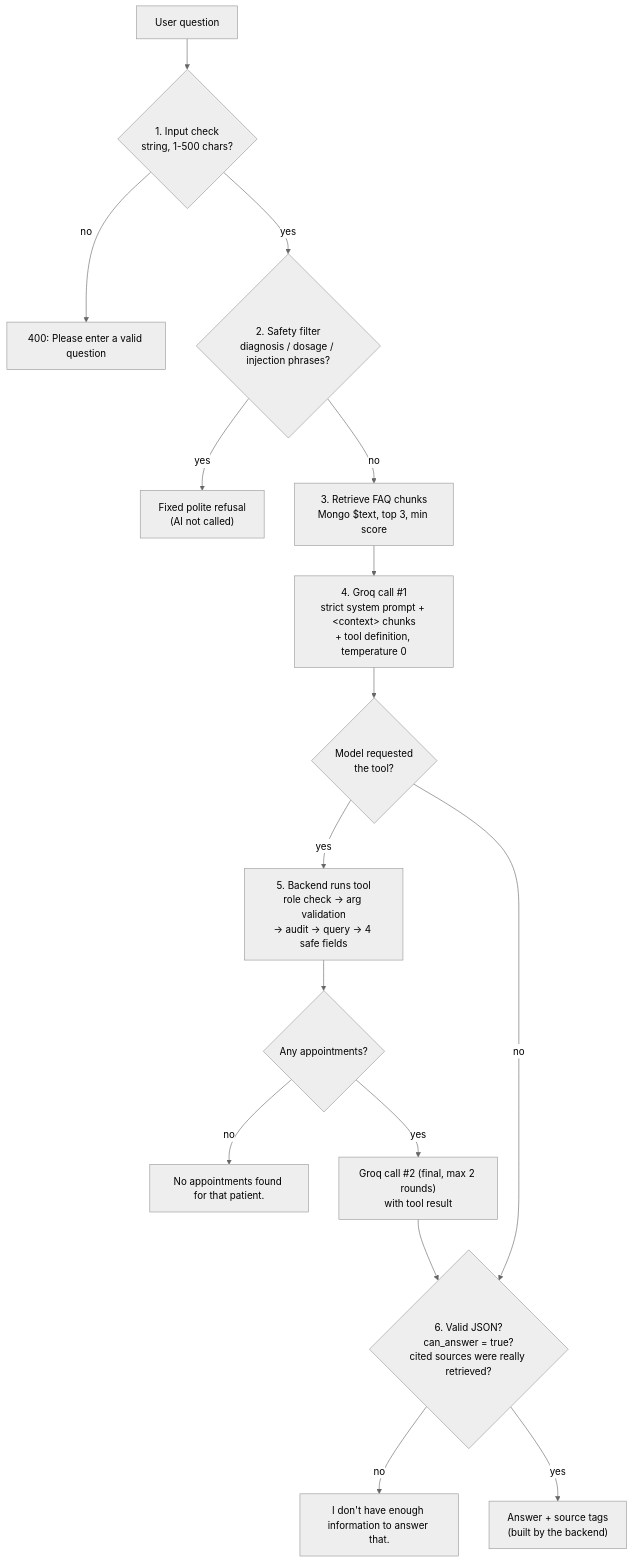
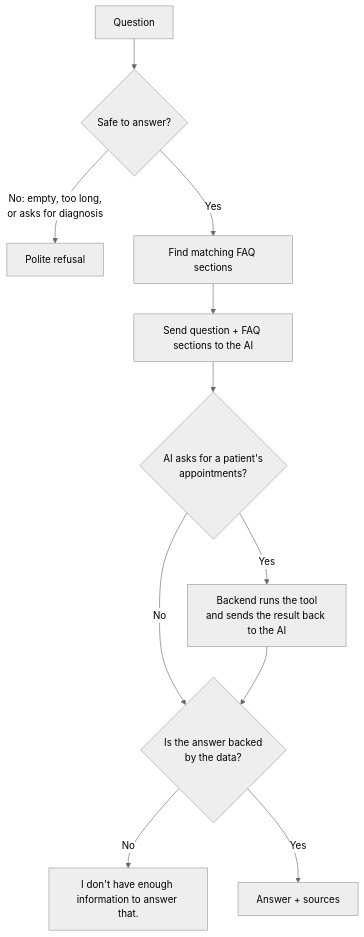
The second of 2 diagrams in README.md (Jag2007/Patient_Management), drawn with Mermaid (neutral theme) before and after one commit. The commit also changed other lines of this file, not shown here.

Commit message:
docs: simplify readme architecture and rename faq collection

````diff
--- a/README.md
+++ b/README.md
@@ -197,18 +184,13 @@
 ```mermaid
 flowchart TD
-    Q["User question"] --> V{"1. Input check<br/>string, 1-500 chars?"}
-    V -- no --> E1["400: Please enter a valid question"]
-    V -- yes --> F{"2. Safety filter<br/>diagnosis / dosage / injection phrases?"}
-    F -- yes --> R1["Fixed polite refusal<br/>(AI not called)"]
-    F -- no --> RET["3. Retrieve FAQ chunks<br/>Mongo $text, top 3, min score"]
-    RET --> L1["4. Groq call #1<br/>strict system prompt + &lt;context&gt; chunks<br/>+ tool definition, temperature 0"]
-    L1 --> TC{"Model requested<br/>the tool?"}
-    TC -- yes --> TOOL["5. Backend runs tool<br/>role check → arg validation<br/>→ audit → query → 4 safe fields"]
-    TOOL --> EMPTY{"Any appointments?"}
-    EMPTY -- no --> NA["No appointments found for that patient."]
-    EMPTY -- yes --> L2["Groq call #2 (final, max 2 rounds)<br/>with tool result"]
-    TC -- no --> J
-    L2 --> J{"6. Valid JSON?<br/>can_answer = true?<br/>cited sources were really retrieved?"}
-    J -- no --> FB["I don't have enough information to answer that."]
-    J -- yes --> OK["Answer + source tags<br/>(built by the backend)"]
+    A["Question"] --> B{"Safe to answer?"}
+    B -- "No: empty, too long,<br/>or asks for diagnosis" --> X["Polite refusal"]
+    B -- Yes --> C["Find matching FAQ sections"]
+    C --> D["Send question + FAQ sections to the AI"]
+    D --> E{"AI asks for a patient's<br/>appointments?"}
+    E -- Yes --> F["Backend runs the tool<br/>and sends the result back to the AI"]
+    E -- No --> G
+    F --> G{"Is the answer backed<br/>by the data?"}
+    G -- No --> Y["I don't have enough information to answer that."]
+    G -- Yes --> Z["Answer + sources"]
 ```
````
